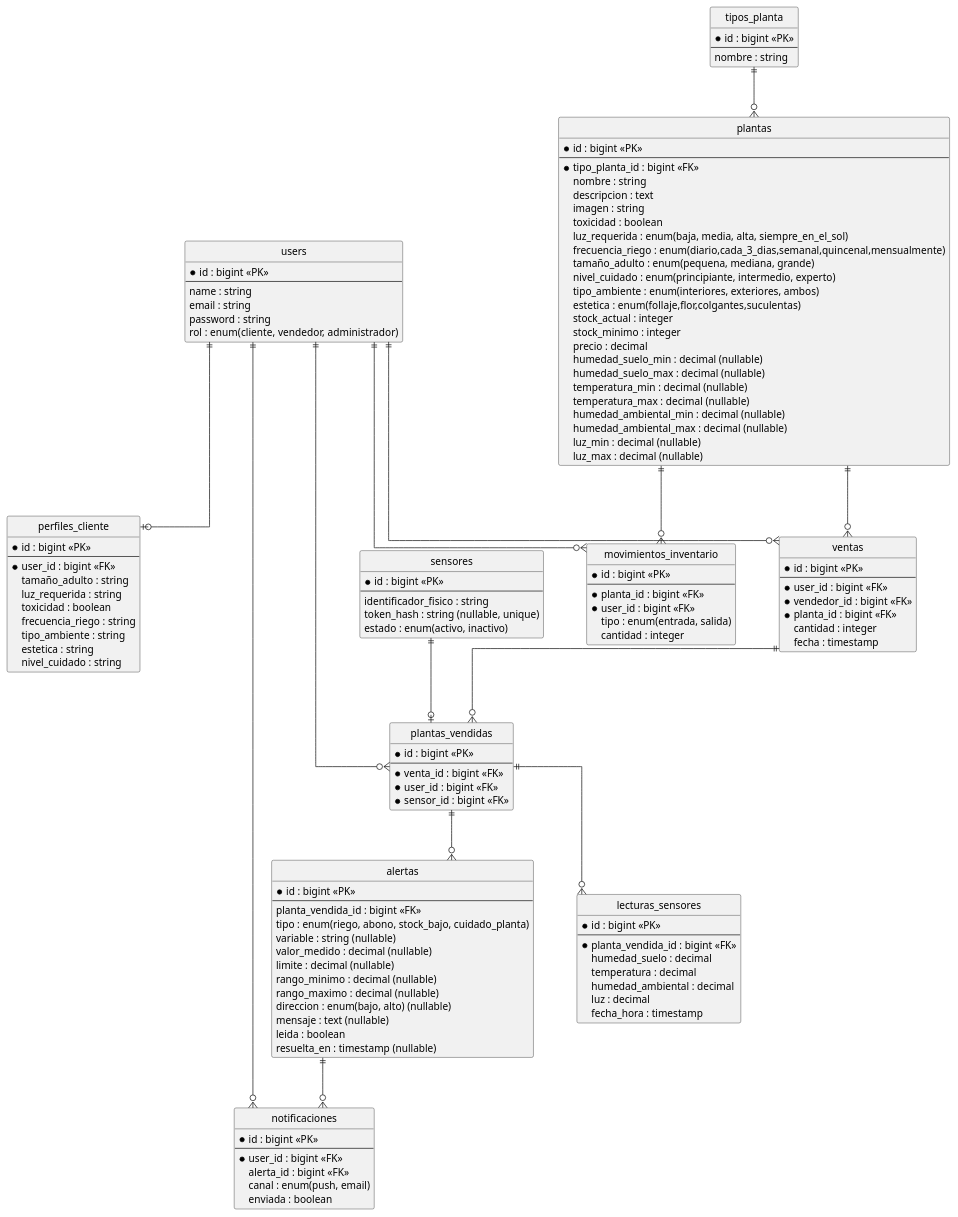
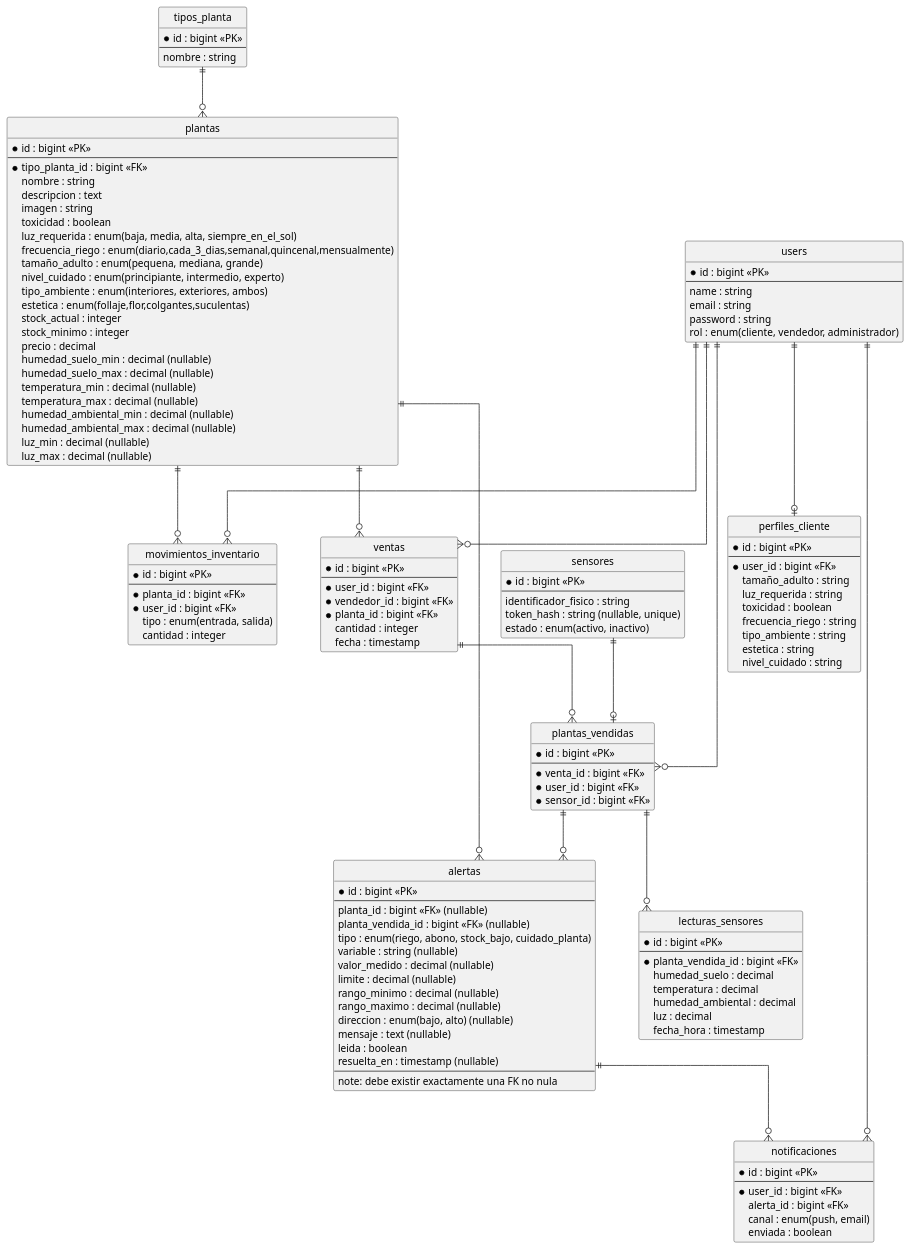
Before and after one commit to Jose-76825708/Adaptia: the diagram in docs/modelo-bd.md, drawn with PlantUML. The commit also changed 6 other files, not shown here.

```diff
--- a/docs/modelo-bd.md
+++ b/docs/modelo-bd.md
@@ -114,7 +114,8 @@
 entity "alertas" as alertas {
   * id : bigint <<PK>>
   --
-  planta_vendida_id : bigint <<FK>>
+  planta_id : bigint <<FK>> (nullable)
+  planta_vendida_id : bigint <<FK>> (nullable)
   tipo : enum(riego, abono, stock_bajo, cuidado_planta)
   variable : string (nullable)
   valor_medido : decimal (nullable)
@@ -125,6 +126,8 @@
   mensaje : text (nullable)
   leida : boolean
   resuelta_en : timestamp (nullable)
+  --
+  note: debe existir exactamente una FK no nula
 }
 
 entity "notificaciones" as notificaciones {
@@ -150,6 +153,7 @@
 sensores ||--o| plantas_vendidas
 
 plantas_vendidas ||--o{ lecturas_sensores
+plantas ||--o{ alertas
 plantas_vendidas ||--o{ alertas
 alertas ||--o{ notificaciones
 users ||--o{ notificaciones
```
